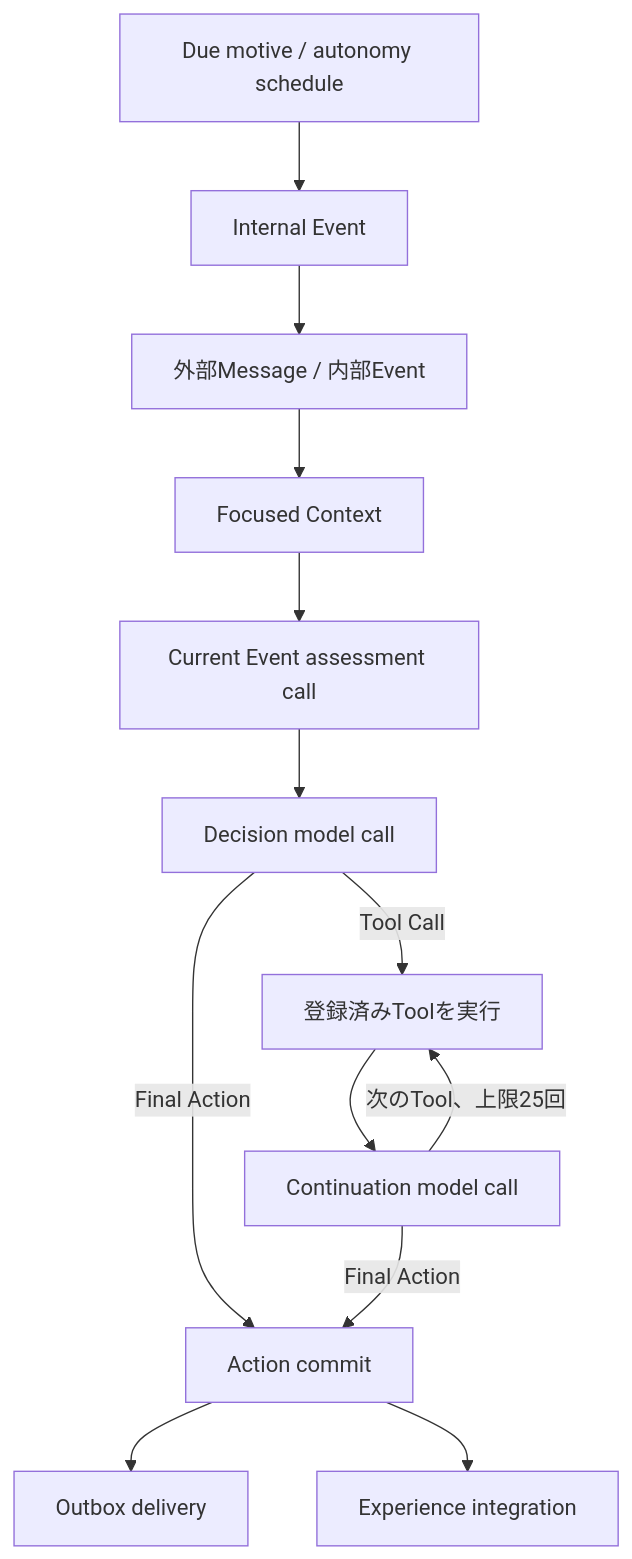
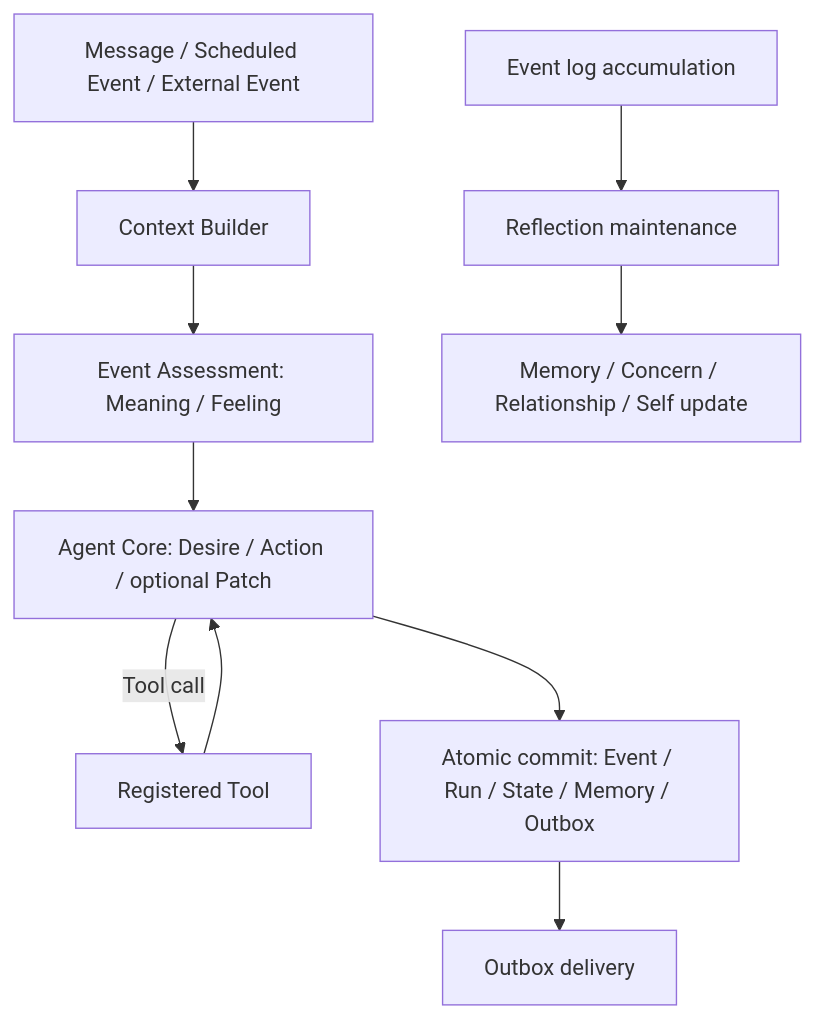
The diagram in docs/ARCHITECTURE.md (if001/social_agent), drawn with Mermaid before and after one commit. The commit also changed other lines of this file and 3 other files, not shown here.

Commit message:
docs: align architecture with redesigned agent loop

````diff
--- a/docs/ARCHITECTURE.md
+++ b/docs/ARCHITECTURE.md
@@ -7,15 +7,12 @@
 ```mermaid
 flowchart TD
-  I[外部Message / 内部Event] --> C[Focused Context]
-  C --> M[Current Event assessment call]
-  M --> D[Decision model call]
-  D -->|Final Action| A[Action commit]
-  D -->|Tool Call| T[登録済みToolを実行]
-  T --> F[Continuation model call]
-  F -->|次のTool、上限25回| T
-  F -->|Final Action| A
-  A --> O[Outbox delivery]
-  A --> P[Experience integration]
-  S[Due motive / autonomy schedule] --> E[Internal Event]
-  E --> I
+  E[Message / Scheduled Event / External Event] --> C[Context Builder]
+  C --> A[Event Assessment: Meaning / Feeling]
+  A --> K[Agent Core: Desire / Action / optional Patch]
+  K -->|Tool call| T[Registered Tool]
+  T --> K
+  K --> P[Atomic commit: Event / Run / State / Memory / Outbox]
+  P --> O[Outbox delivery]
+  L[Event log accumulation] --> R[Reflection maintenance]
+  R --> P2[Memory / Concern / Relationship / Self update]
 ```
````
